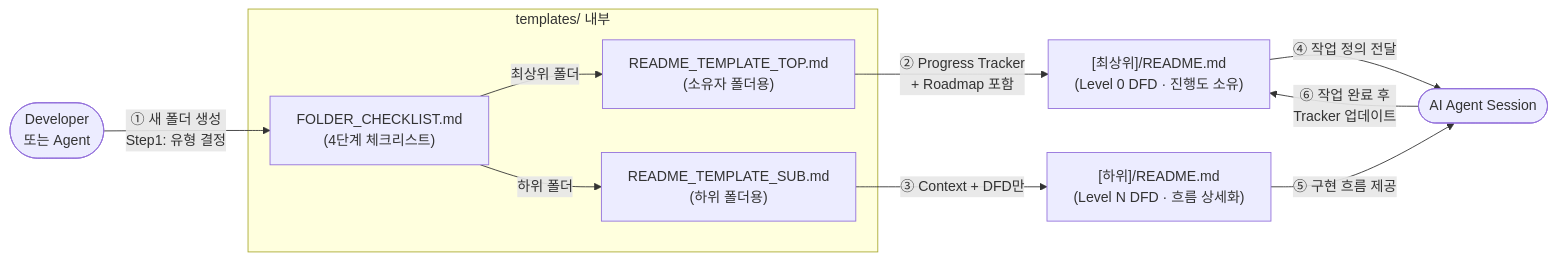
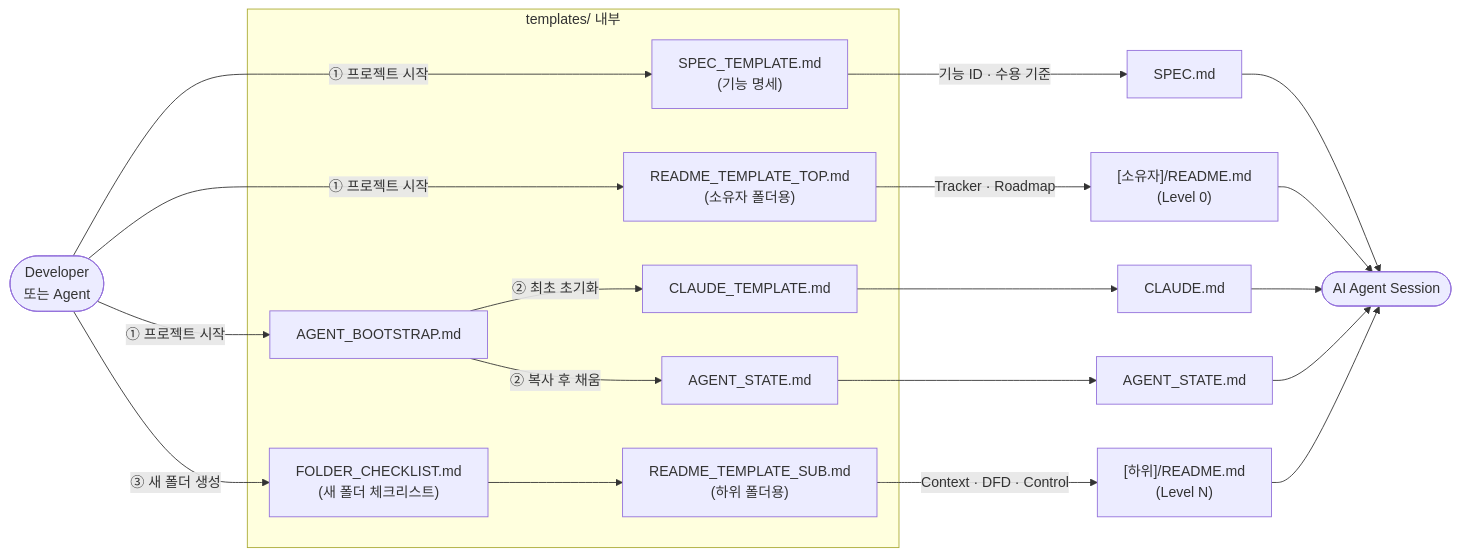
The diagram in templates/README.md (kimtaesung98/Project-Blueprint-Framework), drawn with Mermaid before and after one commit. The commit also changed other lines of this file and 16 other files, not shown here.

First line of the commit message:
docs: v2.0 — unify DFD levels, add SPEC layer, dedupe agent state

````diff
--- a/templates/README.md
+++ b/templates/README.md
@@ -13,19 +29,30 @@
 ```mermaid
 flowchart LR
-    Developer([Developer\n또는 Agent])
+    Developer([Developer<br>또는 Agent])
 
     subgraph Templates ["templates/ 내부"]
-        CHKL["FOLDER_CHECKLIST.md\n(4단계 체크리스트)"]
-        TMPL_TOP["README_TEMPLATE_TOP.md\n(소유자 폴더용)"]
-        TMPL_SUB["README_TEMPLATE_SUB.md\n(하위 폴더용)"]
+        SPECT["SPEC_TEMPLATE.md<br>(기능 명세)"]
+        TMPL_TOP["README_TEMPLATE_TOP.md<br>(소유자 폴더용)"]
+        CHKL["FOLDER_CHECKLIST.md<br>(새 폴더 체크리스트)"]
+        TMPL_SUB["README_TEMPLATE_SUB.md<br>(하위 폴더용)"]
+        CLT["CLAUDE_TEMPLATE.md"]
+        BOOT["AGENT_BOOTSTRAP.md"]
+        STATET["AGENT_STATE.md"]
     end
 
-    Developer -->|"① 새 폴더 생성\nStep1: 유형 결정"| CHKL
-    CHKL -->|"최상위 폴더"| TMPL_TOP
-    CHKL -->|"하위 폴더"| TMPL_SUB
-    TMPL_TOP -->|"② Progress Tracker\n+ Roadmap 포함"| TopREADME["[최상위]/README.md\n(Level 0 DFD · 진행도 소유)"]
-    TMPL_SUB -->|"③ Context + DFD만"| SubREADME["[하위]/README.md\n(Level N DFD · 흐름 상세화)"]
-    TopREADME -->|"④ 작업 정의 전달"| Agent([AI Agent Session])
-    SubREADME -->|"⑤ 구현 흐름 제공"| Agent
-    Agent -->|"⑥ 작업 완료 후\nTracker 업데이트"| TopREADME
+    Developer -->|"① 프로젝트 시작"| SPECT
+    Developer -->|"① 프로젝트 시작"| TMPL_TOP
+    Developer -->|"① 프로젝트 시작"| BOOT
+    SPECT -->|"기능 ID · 수용 기준"| Spec["SPEC.md"]
+    TMPL_TOP -->|"Tracker · Roadmap"| TopREADME["[소유자]/README.md<br>(Level 0)"]
+    BOOT -->|"② 최초 초기화"| CLT --> Claude["CLAUDE.md"]
+    BOOT -->|"② 복사 후 채움"| STATET --> State["AGENT_STATE.md"]
+    Developer -->|"③ 새 폴더 생성"| CHKL --> TMPL_SUB
+    TMPL_SUB -->|"Context · DFD · Control"| SubREADME["[하위]/README.md<br>(Level N)"]
+
+    Spec --> Agent([AI Agent Session])
+    TopREADME --> Agent
+    Claude --> Agent
+    State --> Agent
+    SubREADME --> Agent
 ```
````
